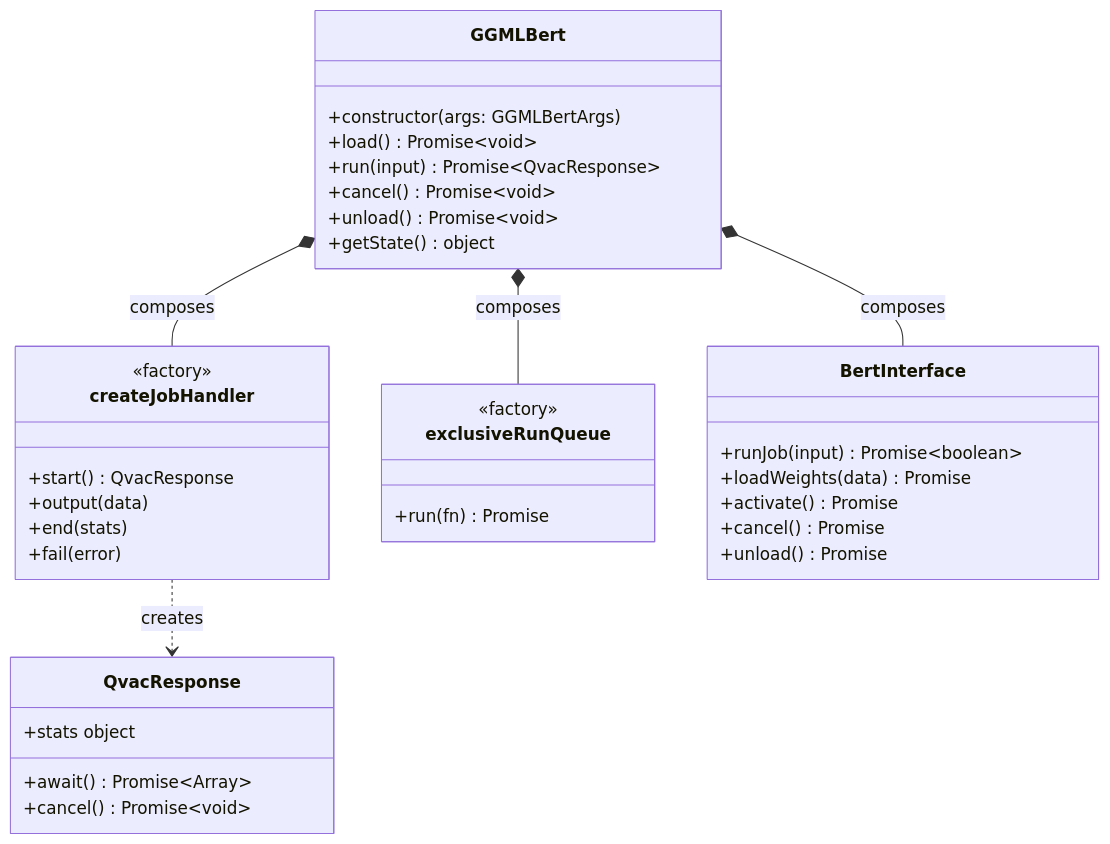
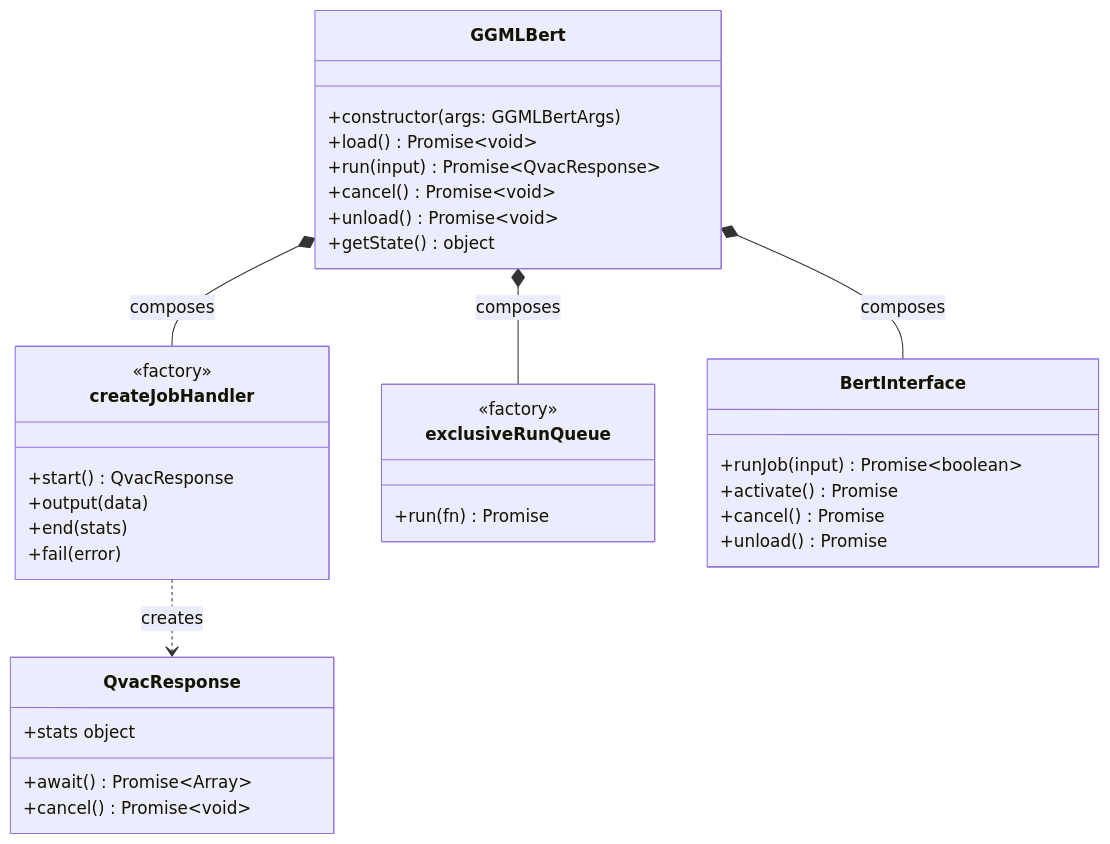
One commit to Jeccoman/qvac changed the second of 4 diagrams in packages/embed-llamacpp/docs/architecture.md. Above: the diagram before and after it, drawn with Mermaid. The commit also changed other lines of this file and 70 other files, not shown here.

````diff
--- a/packages/embed-llamacpp/docs/architecture.md
+++ b/packages/embed-llamacpp/docs/architecture.md
@@ -166,43 +166,42 @@
 ```mermaid
 classDiagram
     class GGMLBert {
         +constructor(args: GGMLBertArgs)
         +load() Promise~void~
         +run(input) Promise~QvacResponse~
         +cancel() Promise~void~
         +unload() Promise~void~
         +getState() object
     }
 
     class createJobHandler {
         <<factory>>
         +start() QvacResponse
         +output(data)
         +end(stats)
         +fail(error)
     }
 
     class exclusiveRunQueue {
         <<factory>>
         +run(fn) Promise
     }
 
     class QvacResponse {
         +await() Promise~Array~
         +cancel() Promise~void~
         +stats object
     }
 
     class BertInterface {
         +runJob(input) Promise~boolean~
-        +loadWeights(data) Promise
         +activate() Promise
         +cancel() Promise
         +unload() Promise
     }
 
     GGMLBert *-- createJobHandler : composes
     GGMLBert *-- exclusiveRunQueue : composes
     GGMLBert *-- BertInterface : composes
     createJobHandler ..> QvacResponse : creates
 ```
````
